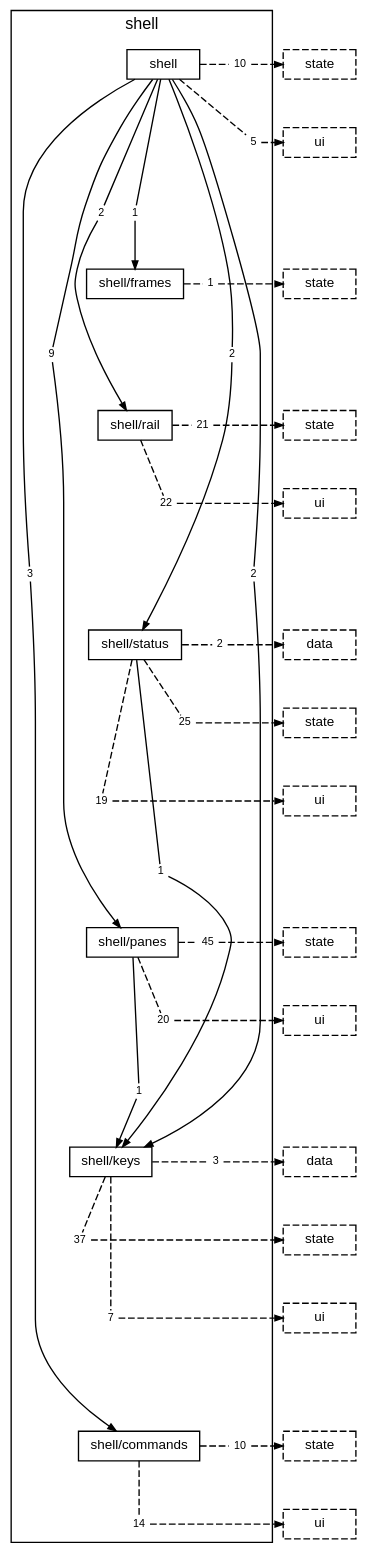
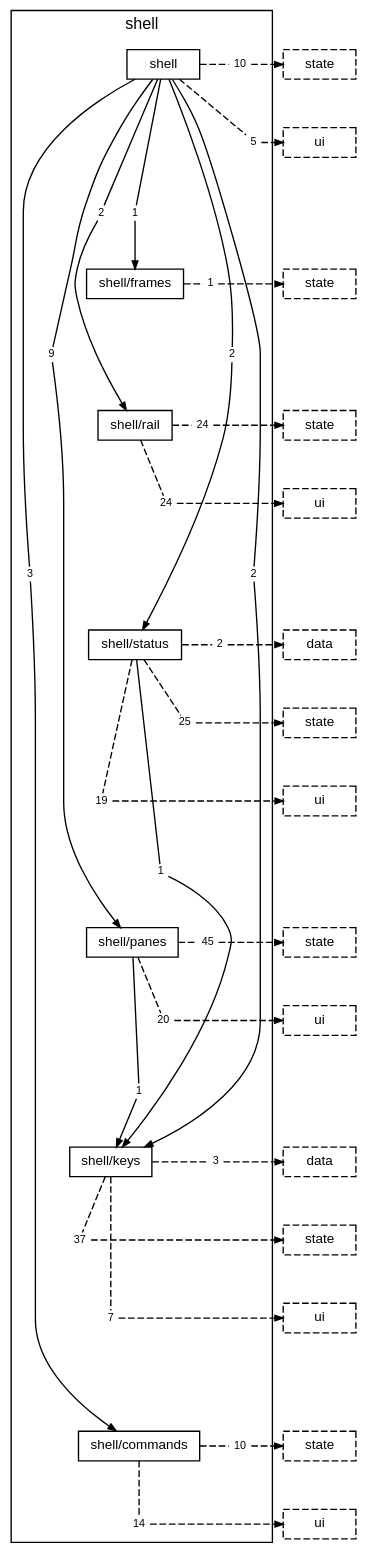
One commit to TheAxeC/oculus changed the diagram in docs/diagrams/layer-shell.dot. Above: the diagram before and after it, drawn with Graphviz. The commit also changed 110 other files, not shown here.

```diff
--- a/docs/diagrams/layer-shell.dot
+++ b/docs/diagrams/layer-shell.dot
@@ -1,120 +1,120 @@
 digraph layer_shell {
     graph [bgcolor="transparent", rankdir=TB, newrank=true, mclimit=4, fontname="Helvetica,Arial,sans-serif", fontsize=12, nodesep=0.2, ranksep=0.5];
     node [shape=box, color="black", fontcolor="black", fontname="Helvetica,Arial,sans-serif", fontsize=10, height=0.3, margin="0.12,0.04"];
     edge [color="black", fontcolor="black", fontname="Helvetica,Arial,sans-serif", fontsize=8, arrowsize=0.6];
     subgraph "cluster_shell" {
         label="shell"; style=solid;
         "folder shell" [label="shell"];
         "folder shell/frames" [label="shell/frames"];
         "folder shell/rail" [label="shell/rail"];
         "folder shell/status" [label="shell/status"];
         "folder shell/panes" [label="shell/panes"];
         "folder shell/keys" [label="shell/keys"];
         "folder shell/commands" [label="shell/commands"];
         "folder shell to folder shell/commands" [label="3", shape=box, color="transparent", fontsize=8, width=0, height=0, margin="0.04,0.02"];
         "folder shell to folder shell/frames" [label="1", shape=box, color="transparent", fontsize=8, width=0, height=0, margin="0.04,0.02"];
         "folder shell to folder shell/keys" [label="2", shape=box, color="transparent", fontsize=8, width=0, height=0, margin="0.04,0.02"];
         "folder shell to folder shell/panes" [label="9", shape=box, color="transparent", fontsize=8, width=0, height=0, margin="0.04,0.02"];
         "folder shell to folder shell/rail" [label="2", shape=box, color="transparent", fontsize=8, width=0, height=0, margin="0.04,0.02"];
         "folder shell to folder shell/status" [label="2", shape=box, color="transparent", fontsize=8, width=0, height=0, margin="0.04,0.02"];
         "folder shell to layer state" [label="10", shape=box, color="transparent", fontsize=8, width=0, height=0, margin="0.04,0.02"];
         "folder shell to layer ui" [label="5", shape=box, color="transparent", fontsize=8, width=0, height=0, margin="0.04,0.02"];
         "folder shell/frames to layer state" [label="1", shape=box, color="transparent", fontsize=8, width=0, height=0, margin="0.04,0.02"];
-        "folder shell/rail to layer state" [label="21", shape=box, color="transparent", fontsize=8, width=0, height=0, margin="0.04,0.02"];
-        "folder shell/rail to layer ui" [label="22", shape=box, color="transparent", fontsize=8, width=0, height=0, margin="0.04,0.02"];
+        "folder shell/rail to layer state" [label="24", shape=box, color="transparent", fontsize=8, width=0, height=0, margin="0.04,0.02"];
+        "folder shell/rail to layer ui" [label="24", shape=box, color="transparent", fontsize=8, width=0, height=0, margin="0.04,0.02"];
         "folder shell/status to folder shell/keys" [label="1", shape=box, color="transparent", fontsize=8, width=0, height=0, margin="0.04,0.02"];
         "folder shell/status to layer data" [label="2", shape=box, color="transparent", fontsize=8, width=0, height=0, margin="0.04,0.02"];
         "folder shell/status to layer state" [label="25", shape=box, color="transparent", fontsize=8, width=0, height=0, margin="0.04,0.02"];
         "folder shell/status to layer ui" [label="19", shape=box, color="transparent", fontsize=8, width=0, height=0, margin="0.04,0.02"];
         "folder shell/panes to folder shell/keys" [label="1", shape=box, color="transparent", fontsize=8, width=0, height=0, margin="0.04,0.02"];
         "folder shell/panes to layer state" [label="45", shape=box, color="transparent", fontsize=8, width=0, height=0, margin="0.04,0.02"];
         "folder shell/panes to layer ui" [label="20", shape=box, color="transparent", fontsize=8, width=0, height=0, margin="0.04,0.02"];
         "folder shell/keys to layer data" [label="3", shape=box, color="transparent", fontsize=8, width=0, height=0, margin="0.04,0.02"];
         "folder shell/keys to layer state" [label="37", shape=box, color="transparent", fontsize=8, width=0, height=0, margin="0.04,0.02"];
         "folder shell/keys to layer ui" [label="7", shape=box, color="transparent", fontsize=8, width=0, height=0, margin="0.04,0.02"];
         "folder shell/commands to layer state" [label="10", shape=box, color="transparent", fontsize=8, width=0, height=0, margin="0.04,0.02"];
         "folder shell/commands to layer ui" [label="14", shape=box, color="transparent", fontsize=8, width=0, height=0, margin="0.04,0.02"];
     }
     "layer state from folder shell" [label="state", style=dashed];
     "layer ui from folder shell" [label="ui", style=dashed];
     "layer state from folder shell/frames" [label="state", style=dashed];
     "layer state from folder shell/rail" [label="state", style=dashed];
     "layer ui from folder shell/rail" [label="ui", style=dashed];
     "layer data from folder shell/status" [label="data", style=dashed];
     "layer state from folder shell/status" [label="state", style=dashed];
     "layer ui from folder shell/status" [label="ui", style=dashed];
     "layer state from folder shell/panes" [label="state", style=dashed];
     "layer ui from folder shell/panes" [label="ui", style=dashed];
     "layer data from folder shell/keys" [label="data", style=dashed];
     "layer state from folder shell/keys" [label="state", style=dashed];
     "layer ui from folder shell/keys" [label="ui", style=dashed];
     "layer state from folder shell/commands" [label="state", style=dashed];
     "layer ui from folder shell/commands" [label="ui", style=dashed];
     "folder shell" -> "folder shell/frames" [style=invis, weight=10, minlen=3];
     "folder shell/frames" -> "folder shell/rail" [style=invis, weight=10, minlen=2];
     "folder shell/rail" -> "folder shell/status" [style=invis, weight=10, minlen=3];
     "folder shell/status" -> "folder shell/panes" [style=invis, weight=10, minlen=4];
     "folder shell/panes" -> "folder shell/keys" [style=invis, weight=10, minlen=3];
     "folder shell/keys" -> "folder shell/commands" [style=invis, weight=10, minlen=4];
     "folder shell" -> "folder shell to folder shell/commands" [arrowhead=none, minlen=7, weight=10];
     "folder shell to folder shell/commands" -> "folder shell/commands" [];
     "folder shell" -> "folder shell to folder shell/frames" [arrowhead=none, minlen=2, weight=10];
     "folder shell to folder shell/frames" -> "folder shell/frames" [];
     "folder shell" -> "folder shell to folder shell/keys" [arrowhead=none, minlen=7, weight=10];
     "folder shell to folder shell/keys" -> "folder shell/keys" [];
     "folder shell" -> "folder shell to folder shell/panes" [arrowhead=none, minlen=4, weight=10];
     "folder shell to folder shell/panes" -> "folder shell/panes" [];
     "folder shell" -> "folder shell to folder shell/rail" [arrowhead=none, minlen=2, weight=10];
     "folder shell to folder shell/rail" -> "folder shell/rail" [];
     "folder shell" -> "folder shell to folder shell/status" [arrowhead=none, minlen=4, weight=10];
     "folder shell to folder shell/status" -> "folder shell/status" [];
     "folder shell" -> "folder shell to layer state" [arrowhead=none, style=dashed];
     "folder shell to layer state" -> "layer state from folder shell" [style=dashed];
     { rank=same; "folder shell"; "folder shell to layer state"; "layer state from folder shell"; }
     "folder shell" -> "folder shell to layer ui" [arrowhead=none, style=dashed, minlen=1, weight=10];
     "folder shell to layer ui" -> "layer ui from folder shell" [style=dashed];
     { rank=same; "folder shell to layer ui"; "layer ui from folder shell"; }
     "folder shell/frames" -> "folder shell/frames to layer state" [arrowhead=none, style=dashed];
     "folder shell/frames to layer state" -> "layer state from folder shell/frames" [style=dashed];
     { rank=same; "folder shell/frames"; "folder shell/frames to layer state"; "layer state from folder shell/frames"; }
     "folder shell/rail" -> "folder shell/rail to layer state" [arrowhead=none, style=dashed];
     "folder shell/rail to layer state" -> "layer state from folder shell/rail" [style=dashed];
     { rank=same; "folder shell/rail"; "folder shell/rail to layer state"; "layer state from folder shell/rail"; }
     "folder shell/rail" -> "folder shell/rail to layer ui" [arrowhead=none, style=dashed, minlen=1, weight=10];
     "folder shell/rail to layer ui" -> "layer ui from folder shell/rail" [style=dashed];
     { rank=same; "folder shell/rail to layer ui"; "layer ui from folder shell/rail"; }
     "folder shell/status" -> "folder shell/status to folder shell/keys" [arrowhead=none, minlen=3, weight=10];
     "folder shell/status to folder shell/keys" -> "folder shell/keys" [];
     "folder shell/status" -> "folder shell/status to layer data" [arrowhead=none, style=dashed];
     "folder shell/status to layer data" -> "layer data from folder shell/status" [style=dashed];
     { rank=same; "folder shell/status"; "folder shell/status to layer data"; "layer data from folder shell/status"; }
     "folder shell/status" -> "folder shell/status to layer state" [arrowhead=none, style=dashed, minlen=1, weight=10];
     "folder shell/status to layer state" -> "layer state from folder shell/status" [style=dashed];
     { rank=same; "folder shell/status to layer state"; "layer state from folder shell/status"; }
     "folder shell/status" -> "folder shell/status to layer ui" [arrowhead=none, style=dashed, minlen=2, weight=10];
     "folder shell/status to layer ui" -> "layer ui from folder shell/status" [style=dashed];
     { rank=same; "folder shell/status to layer ui"; "layer ui from folder shell/status"; }
     "folder shell/panes" -> "folder shell/panes to folder shell/keys" [arrowhead=none, minlen=2, weight=10];
     "folder shell/panes to folder shell/keys" -> "folder shell/keys" [];
     "folder shell/panes" -> "folder shell/panes to layer state" [arrowhead=none, style=dashed];
     "folder shell/panes to layer state" -> "layer state from folder shell/panes" [style=dashed];
     { rank=same; "folder shell/panes"; "folder shell/panes to layer state"; "layer state from folder shell/panes"; }
     "folder shell/panes" -> "folder shell/panes to layer ui" [arrowhead=none, style=dashed, minlen=1, weight=10];
     "folder shell/panes to layer ui" -> "layer ui from folder shell/panes" [style=dashed];
     { rank=same; "folder shell/panes to layer ui"; "layer ui from folder shell/panes"; }
     "folder shell/keys" -> "folder shell/keys to layer data" [arrowhead=none, style=dashed];
     "folder shell/keys to layer data" -> "layer data from folder shell/keys" [style=dashed];
     { rank=same; "folder shell/keys"; "folder shell/keys to layer data"; "layer data from folder shell/keys"; }
     "folder shell/keys" -> "folder shell/keys to layer state" [arrowhead=none, style=dashed, minlen=1, weight=10];
     "folder shell/keys to layer state" -> "layer state from folder shell/keys" [style=dashed];
     { rank=same; "folder shell/keys to layer state"; "layer state from folder shell/keys"; }
     "folder shell/keys" -> "folder shell/keys to layer ui" [arrowhead=none, style=dashed, minlen=2, weight=10];
     "folder shell/keys to layer ui" -> "layer ui from folder shell/keys" [style=dashed];
     { rank=same; "folder shell/keys to layer ui"; "layer ui from folder shell/keys"; }
     "folder shell/commands" -> "folder shell/commands to layer state" [arrowhead=none, style=dashed];
     "folder shell/commands to layer state" -> "layer state from folder shell/commands" [style=dashed];
     { rank=same; "folder shell/commands"; "folder shell/commands to layer state"; "layer state from folder shell/commands"; }
     "folder shell/commands" -> "folder shell/commands to layer ui" [arrowhead=none, style=dashed, minlen=1, weight=10];
     "folder shell/commands to layer ui" -> "layer ui from folder shell/commands" [style=dashed];
     { rank=same; "folder shell/commands to layer ui"; "layer ui from folder shell/commands"; }
 }
```
